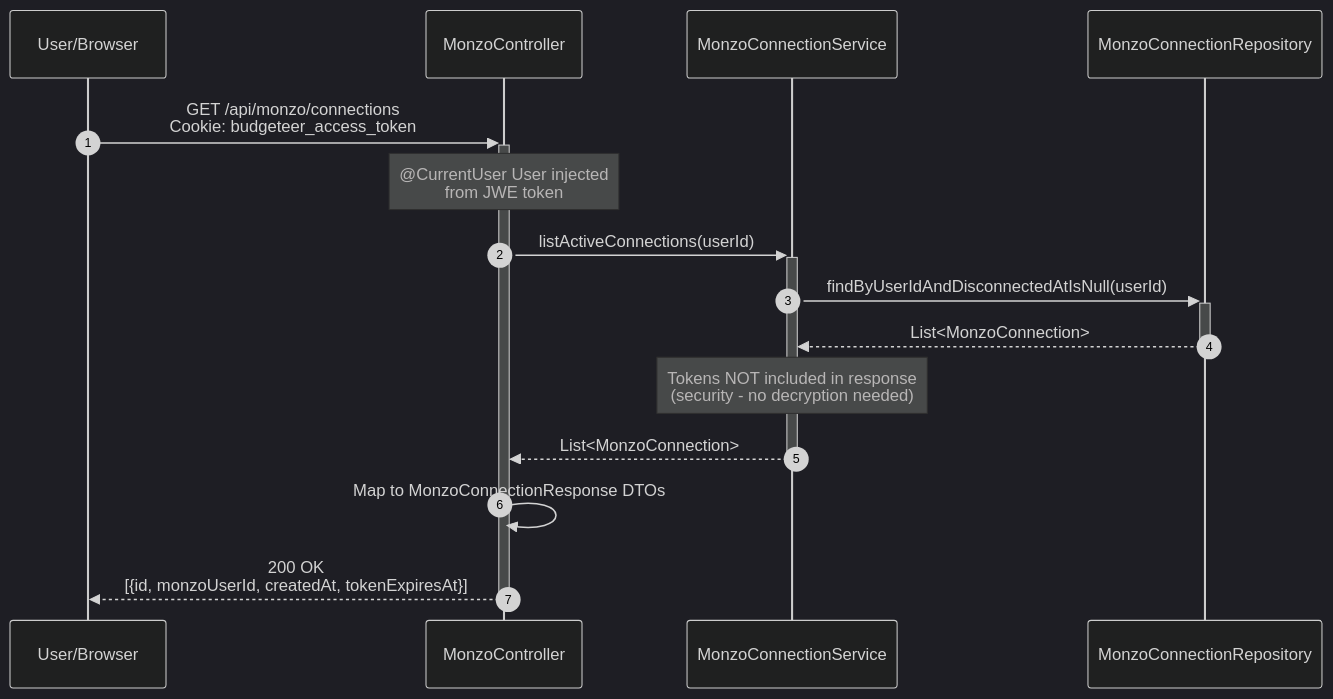
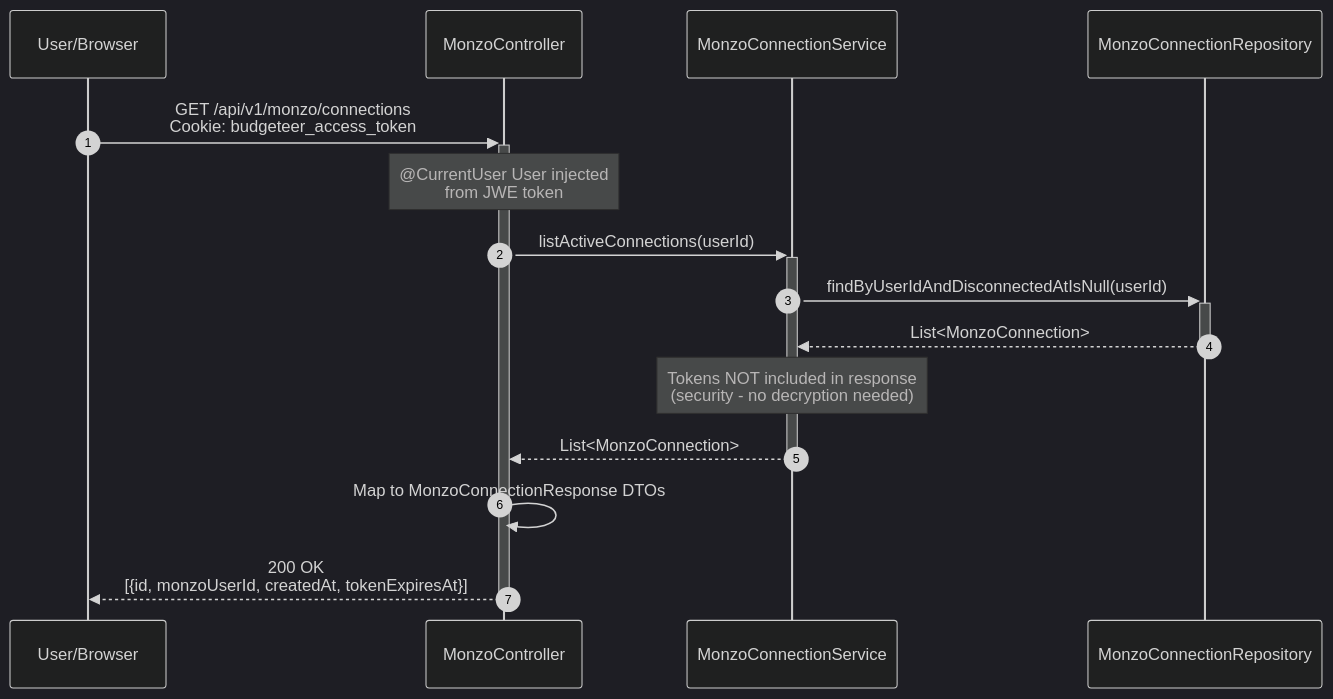
The ninth of 15 diagrams in docs/diagrams/monzo-oauth-flow.md (alexandermfisher/budgeteer), drawn with Mermaid (dark theme) before and after one commit. The commit also changed other lines of this file and 19 other files, not shown here.

````diff
--- a/docs/diagrams/monzo-oauth-flow.md
+++ b/docs/diagrams/monzo-oauth-flow.md
@@ -293,22 +293,22 @@
 ```mermaid
 sequenceDiagram
     autonumber
     participant U as User/Browser
     participant MC as MonzoController
     participant MCS as MonzoConnectionService
     participant MCR as MonzoConnectionRepository
 
-    U->>+MC: GET /api/monzo/connections<br/>Cookie: budgeteer_access_token
+    U->>+MC: GET /api/v1/monzo/connections<br/>Cookie: budgeteer_access_token
     
     Note over MC: @CurrentUser User injected<br/>from JWE token
     
     MC->>+MCS: listActiveConnections(userId)
     MCS->>+MCR: findByUserIdAndDisconnectedAtIsNull(userId)
     MCR-->>-MCS: List<MonzoConnection>
     
     Note over MCS: Tokens NOT included in response<br/>(security - no decryption needed)
     
     MCS-->>-MC: List<MonzoConnection>
     MC->>MC: Map to MonzoConnectionResponse DTOs
     MC-->>-U: 200 OK<br/>[{id, monzoUserId, createdAt, tokenExpiresAt}]
 ```
````
